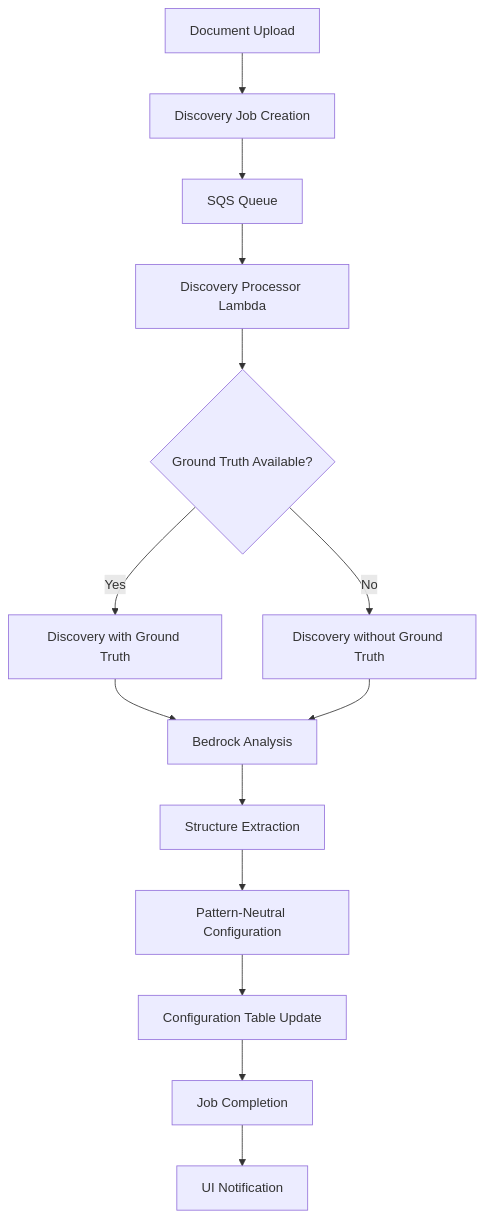
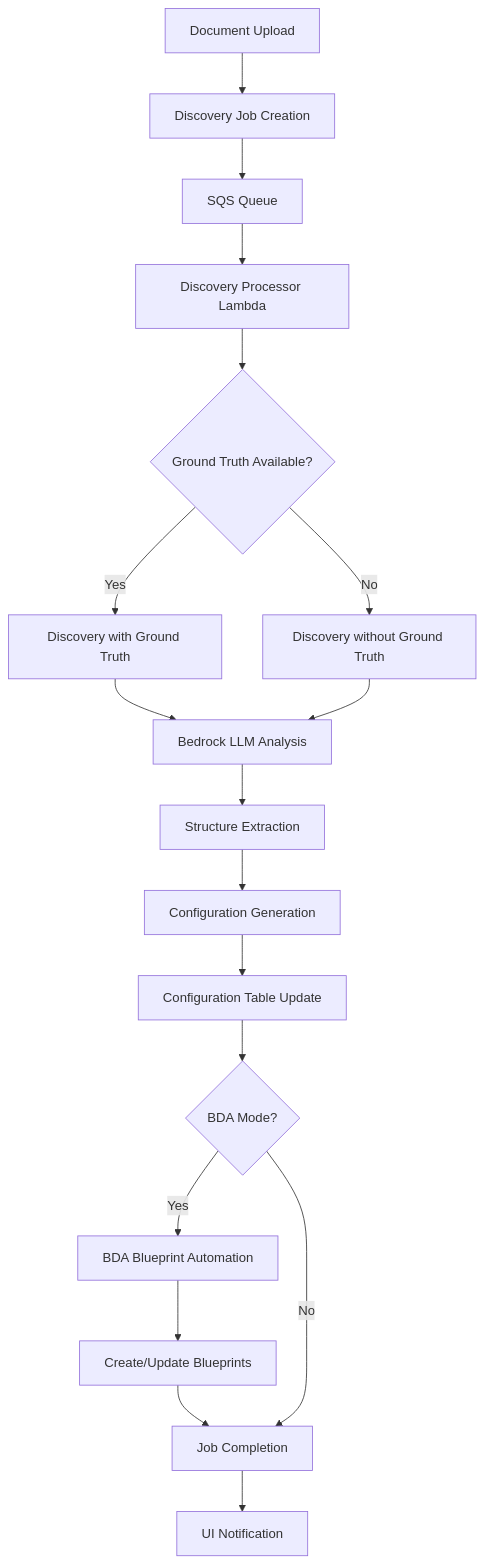
One commit to cdklabs/genai-idp changed the first of 4 diagrams in sources/docs/discovery.md. Above: the diagram before and after it, drawn with Mermaid. The commit also changed other lines of this file and 769 other files, not shown here.

````diff
--- a/sources/docs/discovery.md
+++ b/sources/docs/discovery.md
@@ -224,16 +148,20 @@
 ```mermaid
 graph TD
     A[Document Upload] --> B[Discovery Job Creation]
     B --> C[SQS Queue]
     C --> D[Discovery Processor Lambda]
     D --> E{Ground Truth Available?}
     E -->|Yes| F[Discovery with Ground Truth]
     E -->|No| G[Discovery without Ground Truth]
-    F --> H[Bedrock Analysis]
+    F --> H[Bedrock LLM Analysis]
     G --> H
     H --> I[Structure Extraction]
-    I --> J[Pattern-Neutral Configuration]
+    I --> J[Configuration Generation]
     J --> K[Configuration Table Update]
-    K --> P[Job Completion]
-    P --> O[UI Notification]
+    K --> L{BDA Mode?}
+    L -->|Yes| M[BDA Blueprint Automation]
+    M --> N[Create/Update Blueprints]
+    N --> O[Job Completion]
+    L -->|No| O
+    O --> P[UI Notification]
 ```
````
